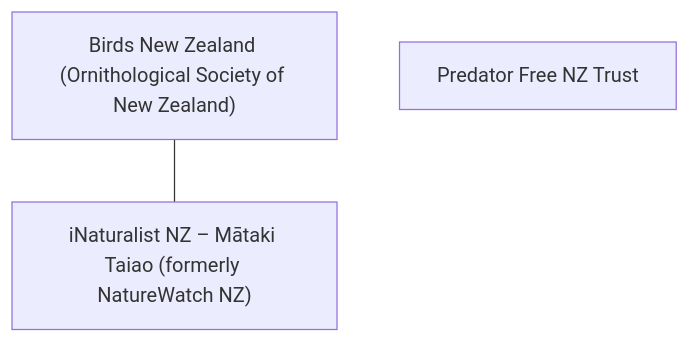
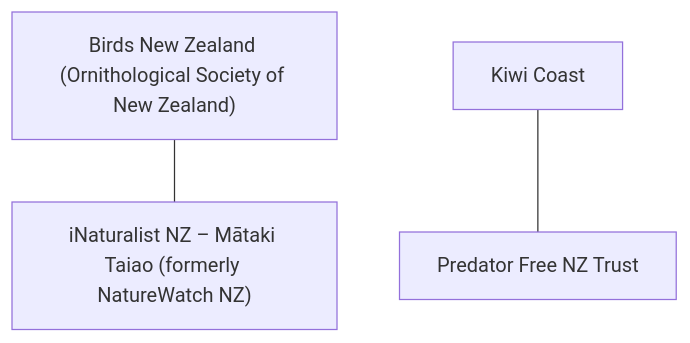
Before and after one commit to olitreadwell/nz-tech-for-good: diagram 12 of 22 in GUIDE.md, drawn with Mermaid. The commit also changed other lines of this file and 4 other files, not shown here.

````diff
--- a/GUIDE.md
+++ b/GUIDE.md
@@ -285,7 +288,9 @@
 ```mermaid
 flowchart TD
     n_BirdsNewZealandOrnitholo["Birds New Zealand (Ornithological Society of New Zealand)"]
     n_iNaturalistNZMtakiTaiaof["iNaturalist NZ – Mātaki Taiao (formerly NatureWatch NZ)"]
+    n_KiwiCoast["Kiwi Coast"]
     n_PredatorFreeNZTrust["Predator Free NZ Trust"]
     n_BirdsNewZealandOrnitholo --- n_iNaturalistNZMtakiTaiaof
+    n_KiwiCoast --- n_PredatorFreeNZTrust
 ```
````
